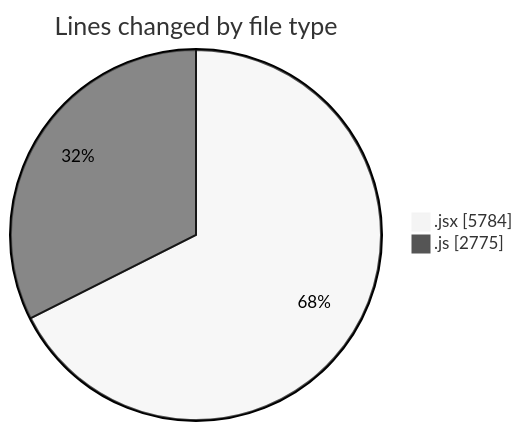
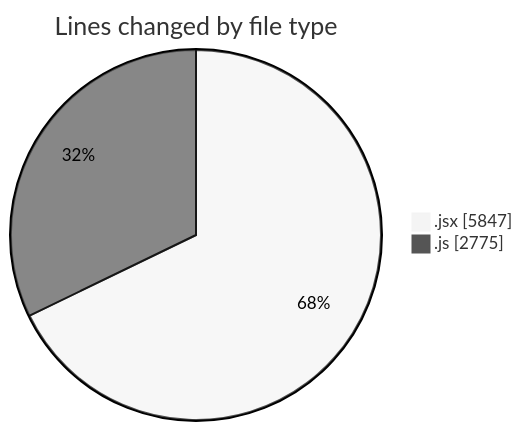
The first of 2 diagrams in 2025-08-04/nxtqube_webapp/README.md (nxtqubesakshisongat/code-tracking), drawn with Mermaid (neutral theme) before and after one commit. The commit also changed other lines of this file and 1 other file, not shown here.

````diff
--- a/2025-08-04/nxtqube_webapp/README.md
+++ b/2025-08-04/nxtqube_webapp/README.md
@@ -41,6 +41,6 @@
 ```mermaid
 pie showData
 title Lines changed by file type
-".jsx" : 5784
+".jsx" : 5847
 ".js" : 2775
 ```
````
